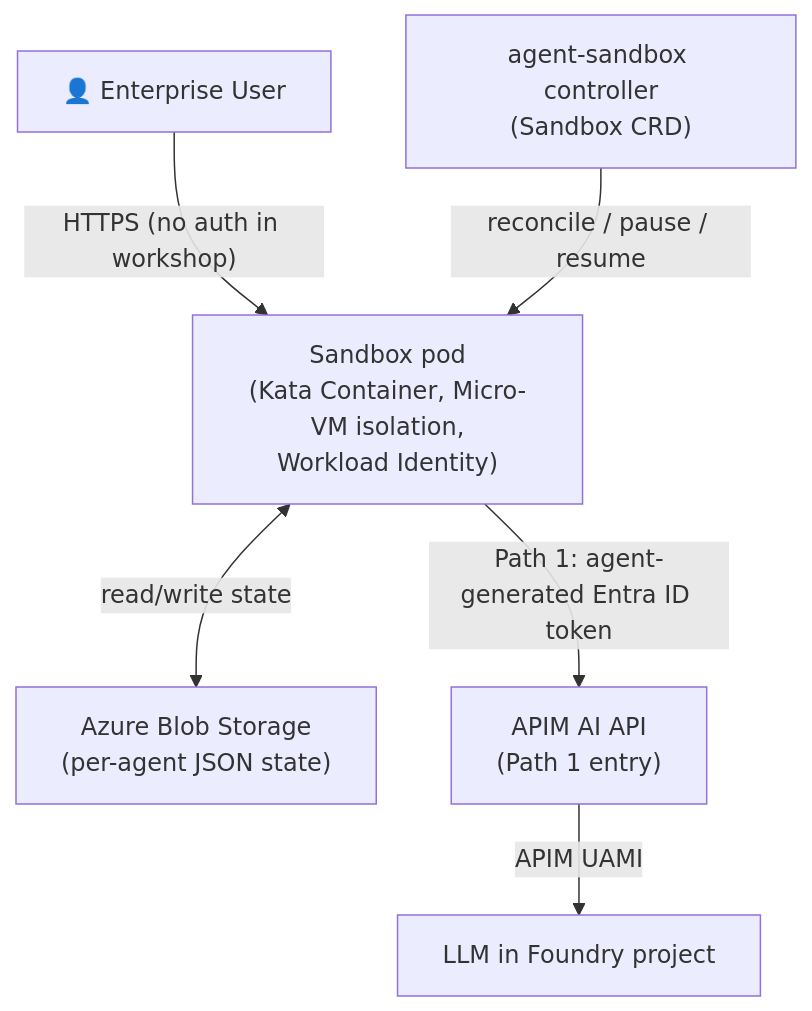
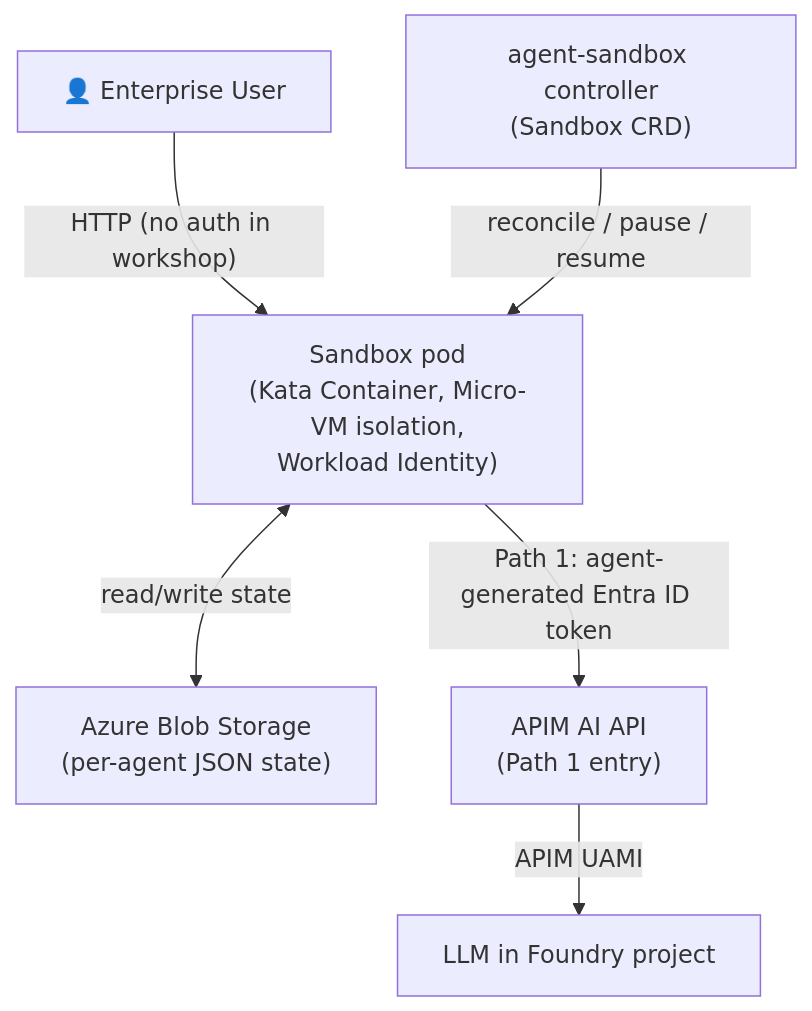
Before and after one commit to oxcp/ainotes: the second of 3 diagrams in agenthost/agenthost.md, drawn with Mermaid. The commit also changed other lines of this file and 2 other files, not shown here.

Commit message:
docs: Update isolation terminology for ACA Dynamic Sessions and Session pools in workshop materials

````diff
--- a/agenthost/agenthost.md
+++ b/agenthost/agenthost.md
@@ -247,15 +247,15 @@
 ```mermaid
 flowchart TD
     user["👤 Enterprise User"]
     ctrl["agent-sandbox controller\n(Sandbox CRD)"]
     kata["Sandbox pod\n(Kata Container, Micro-VM isolation,\nWorkload Identity)"]
     blob["Azure Blob Storage\n(per-agent JSON state)"]
     apimApi["APIM AI API\n(Path 1 entry)"]
     llm["LLM in Foundry project"]
 
-    user -->|"HTTPS (no auth in workshop)"| kata
+    user -->|"HTTP (no auth in workshop)"| kata
     ctrl -->|"reconcile / pause / resume"| kata
     kata <-->|"read/write state"| blob
     kata -->|"Path 1: agent-generated Entra ID token"| apimApi
     apimApi -->|"APIM UAMI"| llm
 ```
````
